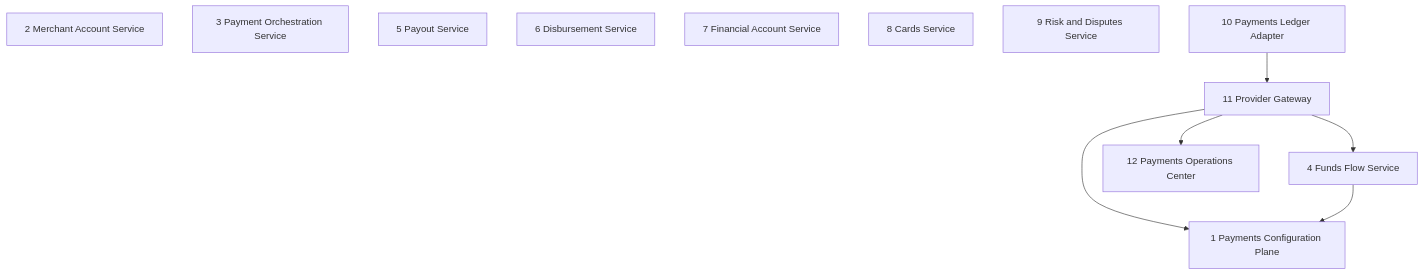
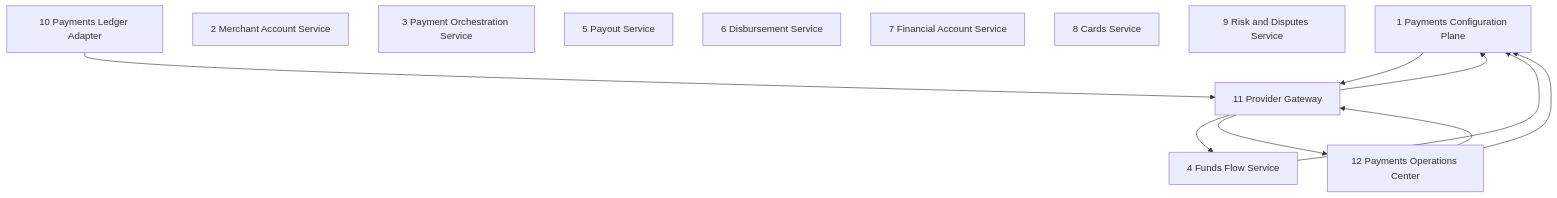
One commit to Tenurework/Tenure-Parent changed the diagram in docs/payments/bounded-contexts.md. Above: the diagram before and after it, drawn with Mermaid. The commit also changed other lines of this file and 198 other files, not shown here.

````diff
--- a/docs/payments/bounded-contexts.md
+++ b/docs/payments/bounded-contexts.md
@@ -117,20 +119,23 @@
 ```mermaid
 graph TD
   C1[1 Payments Configuration Plane]
   C2[2 Merchant Account Service]
   C3[3 Payment Orchestration Service]
   C4[4 Funds Flow Service]
   C5[5 Payout Service]
   C6[6 Disbursement Service]
   C7[7 Financial Account Service]
   C8[8 Cards Service]
   C9[9 Risk and Disputes Service]
   C10[10 Payments Ledger Adapter]
   C11[11 Provider Gateway]
   C12[12 Payments Operations Center]
   C10 --> C11
   C11 --> C1
   C11 --> C4
   C11 --> C12
   C4 --> C1
+  C1 --> C11
+  C12 --> C1
+  C12 --> C11
 ```
````
